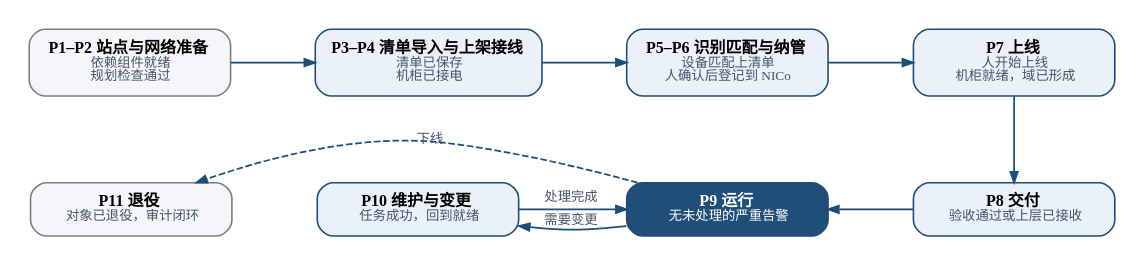
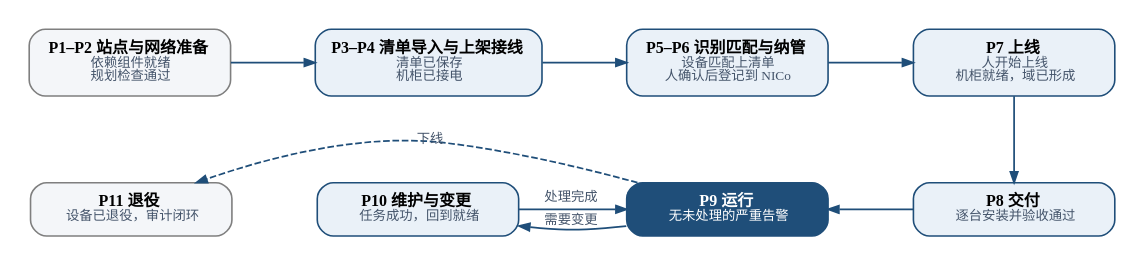
One commit to DaoCloud/PXEye changed the diagram in docs/design/figures/workflow.dot. Above: the diagram before and after it, drawn with Graphviz. The commit also changed 33 other files, not shown here.

```diff
--- a/docs/design/figures/workflow.dot
+++ b/docs/design/figures/workflow.dot
@@ -1,18 +1,18 @@
 digraph G {
   graph [rankdir=TB, fontname="PingFang SC", nodesep=0.45, ranksep=0.75, bgcolor="white", pad=0.2];
   node  [shape=box, style="rounded,filled", fontname="PingFang SC", fontsize=12, color="#1F4E79", fillcolor="#EAF1F8", penwidth=1.2, margin="0.16,0.12", width=2.1];
   edge  [fontname="PingFang SC", fontsize=10, color="#1F4E79", fontcolor="#44546A", arrowsize=0.8, penwidth=1.3];
   s0 [fillcolor="#F4F6F9", color="#7F7F7F", label=<<b>P1–P2 站点与网络准备</b><br/><font point-size="10" color="#44546A">依赖组件就绪<br/>规划检查通过</font>>];
   s1 [label=<<b>P3–P4 清单导入与上架接线</b><br/><font point-size="10" color="#44546A">清单已保存<br/>机柜已接电</font>>];
   s2 [label=<<b>P5–P6 识别匹配与纳管</b><br/><font point-size="10" color="#44546A">设备匹配上清单<br/>人确认后登记到 NICo</font>>];
   s3 [label=<<b>P7 上线</b><br/><font point-size="10" color="#44546A">人开始上线<br/>机柜就绪，域已形成</font>>];
-  s4 [label=<<b>P8 交付</b><br/><font point-size="10" color="#44546A">验收通过或上层已接收</font>>];
+  s4 [label=<<b>P8 交付</b><br/><font point-size="10" color="#44546A">逐台安装并验收通过</font>>];
   s5 [fillcolor="#1F4E79", fontcolor="white", label=<<b>P9 运行</b><br/><font point-size="10">无未处理的严重告警</font>>];
   s6 [label=<<b>P10 维护与变更</b><br/><font point-size="10" color="#44546A">任务成功，回到就绪</font>>];
-  s7 [fillcolor="#F4F6F9", color="#7F7F7F", label=<<b>P11 退役</b><br/><font point-size="10" color="#44546A">对象已退役，审计闭环</font>>];
+  s7 [fillcolor="#F4F6F9", color="#7F7F7F", label=<<b>P11 退役</b><br/><font point-size="10" color="#44546A">设备已退役，审计闭环</font>>];
   {rank=same; s0 -> s1 -> s2 -> s3}
   s3 -> s4;
   {rank=same; s7 -> s6 [style=invis]; s6 -> s5 [label="  处理完成  "]; s5 -> s4 [dir=back]}
   s5 -> s6 [label="  需要变更  ", constraint=false];
   s5 -> s7 [constraint=false, style=dashed, label="下线"];
 }
```
